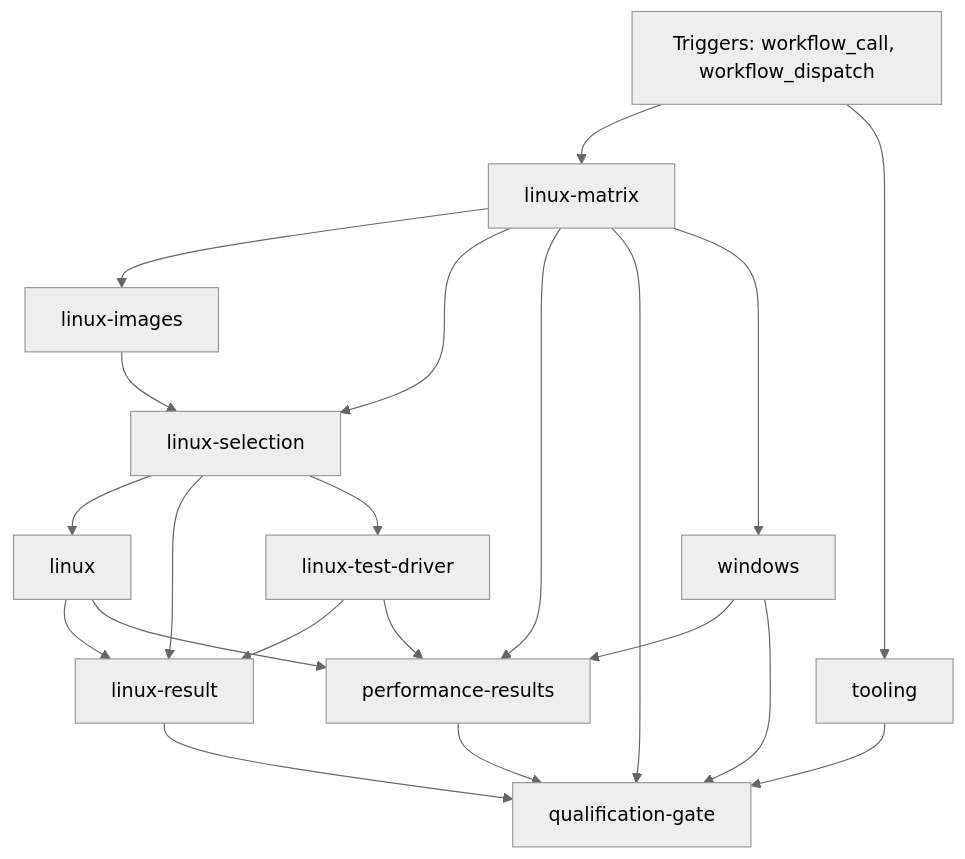
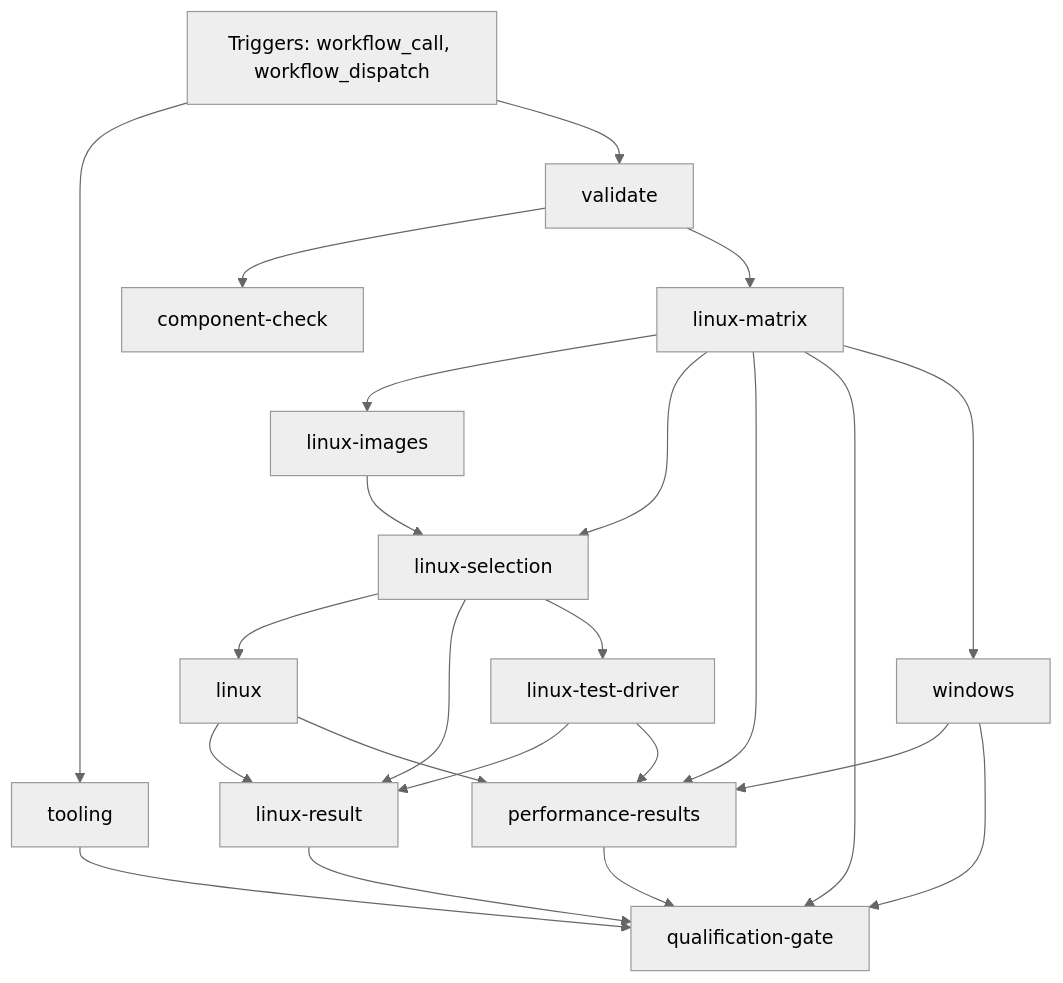
The diagram in docs/ci/github/script-ci.md (FrenchExDev2/QuietCli.PoSh), drawn with Mermaid (neutral theme) before and after one commit. The commit also changed other lines of this file and 701 other files, not shown here.

```diff
--- a/docs/ci/github/script-ci.md
+++ b/docs/ci/github/script-ci.md
@@ -61,34 +28,38 @@
 ~~~mermaid
 flowchart TD
     event["Triggers: workflow_call, workflow_dispatch"]
+    job_component_check["component-check"]
     job_linux["linux"]
     job_linux_images["linux-images"]
     job_linux_matrix["linux-matrix"]
     job_linux_result["linux-result"]
     job_linux_selection["linux-selection"]
     job_linux_test_driver["linux-test-driver"]
     job_performance_results["performance-results"]
     job_qualification_gate["qualification-gate"]
     job_tooling["tooling"]
+    job_validate["validate"]
     job_windows["windows"]
+    job_validate --> job_component_check
     job_linux_selection --> job_linux
     job_linux_matrix --> job_linux_images
-    event --> job_linux_matrix
+    job_validate --> job_linux_matrix
     job_linux_selection --> job_linux_result
     job_linux --> job_linux_result
     job_linux_test_driver --> job_linux_result
     job_linux_matrix --> job_linux_selection
     job_linux_images --> job_linux_selection
     job_linux_selection --> job_linux_test_driver
     job_linux_matrix --> job_performance_results
     job_windows --> job_performance_results
     job_linux --> job_performance_results
     job_linux_test_driver --> job_performance_results
     job_linux_matrix --> job_qualification_gate
     job_windows --> job_qualification_gate
     job_linux_result --> job_qualification_gate
     job_performance_results --> job_qualification_gate
     job_tooling --> job_qualification_gate
     event --> job_tooling
+    event --> job_validate
     job_linux_matrix --> job_windows
 ~~~
```
